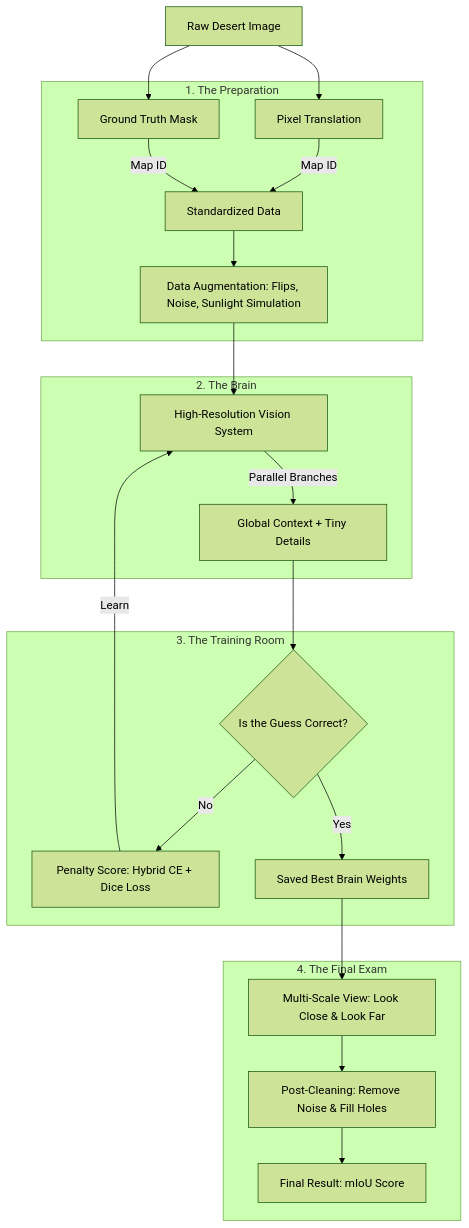
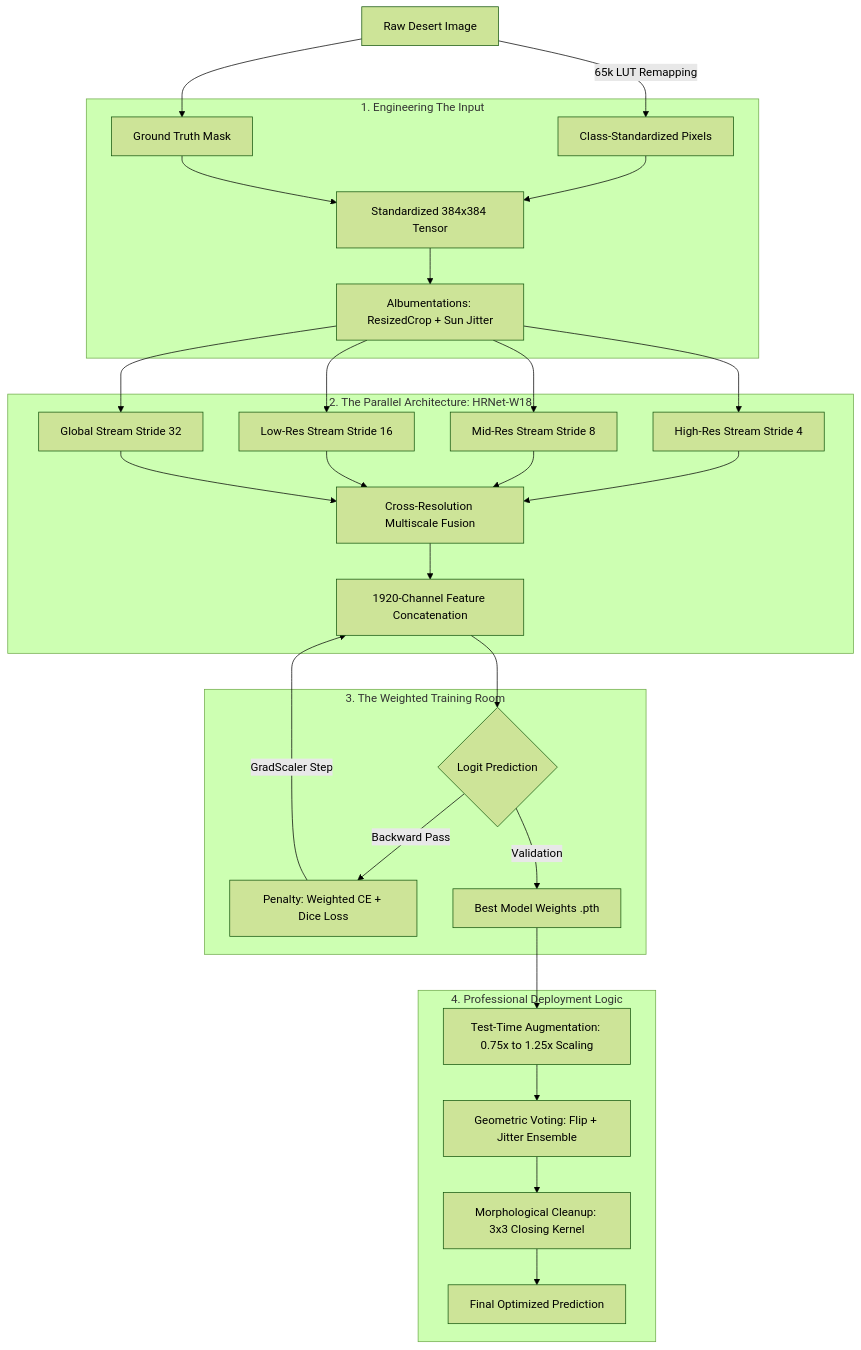
The diagram in README.md (Bit-Blitz/Falcon-Segmentation-Model), drawn with Mermaid (forest theme) before and after one commit. The commit also changed other lines of this file, not shown here.

Commit message:
docs: comprehensive README update with technical deep-dives and enhanced flowchart

````diff
--- a/README.md
+++ b/README.md
@@ -19,29 +29,34 @@
 ```mermaid
 graph TD
-    A[Raw Desert Image] --> B[Pixel Translation]
+    A[Raw Desert Image] -->|65k LUT Remapping| B[Class-Standardized Pixels]
     A --> C[Ground Truth Mask]
     
-    subgraph "1. The Preparation"
-    B -->|Map ID | D[Standardized Data]
-    C -->|Map ID | D
-    D --> E[Data Augmentation: Flips, Noise, Sunlight Simulation]
+    subgraph "1. Engineering The Input"
+    B --> D[Standardized 384x384 Tensor]
+    C --> D
+    D --> E[Albumentations: ResizedCrop + Sun Jitter]
     end
 
-    subgraph "2. The Brain "
-    E --> F[High-Resolution Vision System]
-    F -->|Parallel Branches| G[Global Context + Tiny Details]
+    subgraph "2. The Parallel Architecture: HRNet-W18"
+    E --> F1[High-Res Stream Stride 4]
+    E --> F2[Mid-Res Stream Stride 8]
+    E --> F3[Low-Res Stream Stride 16]
+    E --> F4[Global Stream Stride 32]
+    F1 & F2 & F3 & F4 --> G[Cross-Resolution Multiscale Fusion]
+    G --> H[1920-Channel Feature Concatenation]
     end
 
-    subgraph "3. The Training Room "
-    G --> H{Is the Guess Correct?}
-    H -->|No| I[Penalty Score: Hybrid CE + Dice Loss]
-    I -->|Learn| F
-    H -->|Yes| J[Saved Best Brain Weights]
+    subgraph "3. The Weighted Training Room"
+    H --> I{Logit Prediction}
+    I -->|Backward Pass| J[Penalty: Weighted CE + Dice Loss]
+    J -->|GradScaler Step| H
+    I -->|Validation| K[Best Model Weights .pth]
     end
 
-    subgraph "4. The Final Exam"
-    J --> K[Multi-Scale View: Look Close & Look Far]
-    K --> L[Post-Cleaning: Remove Noise & Fill Holes]
-    L --> M[Final Result: mIoU Score]
+    subgraph "4. Professional Deployment Logic"
+    K --> L[Test-Time Augmentation: 0.75x to 1.25x Scaling]
+    L --> M[Geometric Voting: Flip + Jitter Ensemble]
+    M --> N[Morphological Cleanup: 3x3 Closing Kernel]
+    N --> O[Final Optimized Prediction]
     end
 ```
````
